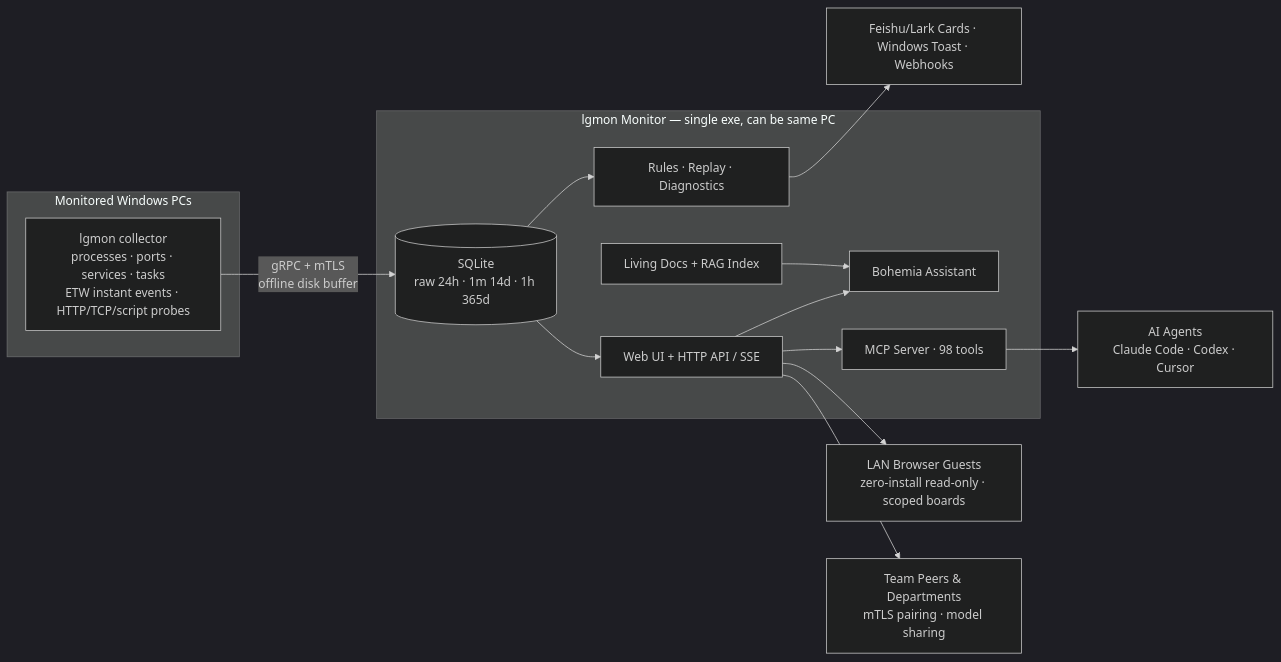
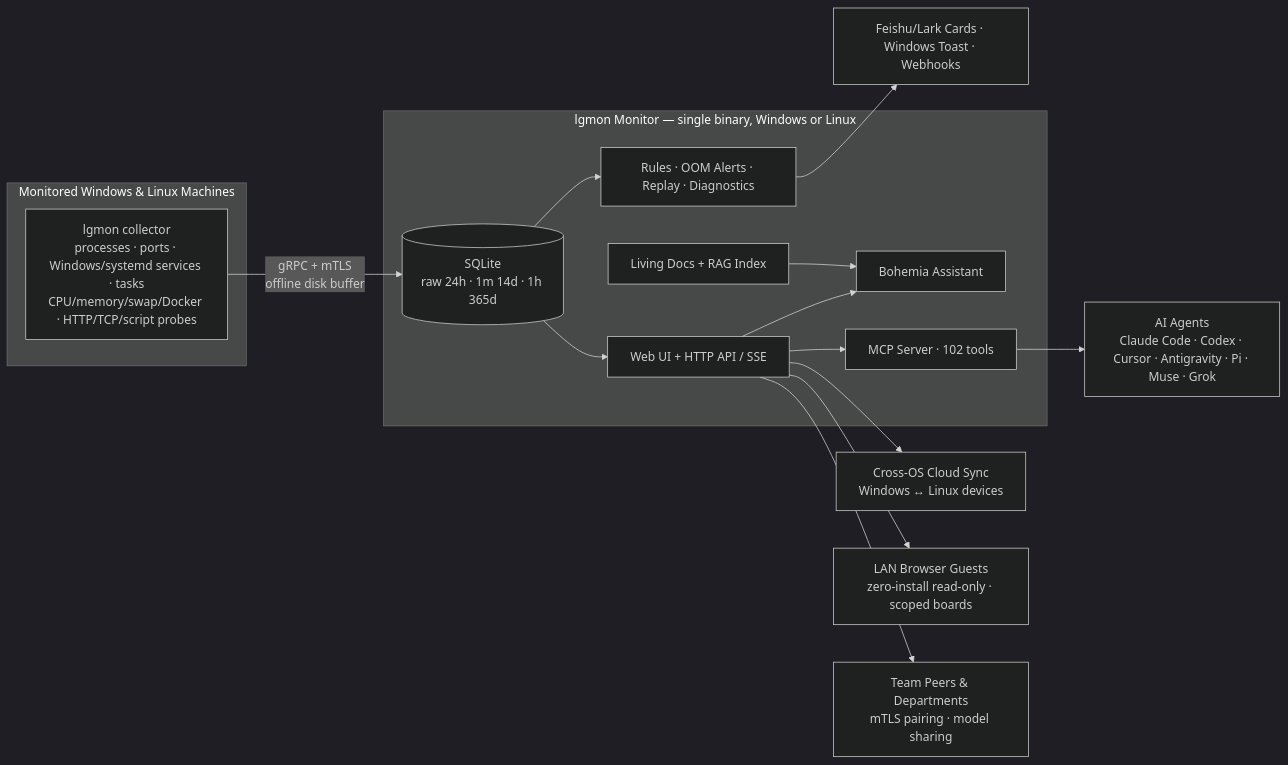
Before and after one commit to LFenX/lg-monitor: the diagram in README.md, drawn with Mermaid (dark theme). The commit also changed other lines of this file and 2 other files, not shown here.

Commit message:
U25-08: update README for Windows & Linux support and v0.18.0 release

````diff
--- a/README.md
+++ b/README.md
@@ -185,22 +196,23 @@
 ```mermaid
 flowchart LR
-  subgraph PC[Monitored Windows PCs]
-    C[lgmon collector<br/>processes · ports · services · tasks<br/>ETW instant events · HTTP/TCP/script probes]
+  subgraph PC[Monitored Windows & Linux Machines]
+    C[lgmon collector<br/>processes · ports · Windows/systemd services · tasks<br/>CPU/memory/swap/Docker · HTTP/TCP/script probes]
   end
-  subgraph M[lgmon Monitor — single exe, can be same PC]
+  subgraph M[lgmon Monitor — single binary, Windows or Linux]
     S[(SQLite<br/>raw 24h · 1m 14d · 1h 365d)]
-    R[Rules · Replay · Diagnostics]
+    R[Rules · OOM Alerts · Replay · Diagnostics]
     D[Living Docs + RAG Index]
     W[Web UI + HTTP API / SSE]
-    P[MCP Server · 98 tools]
+    P[MCP Server · 102 tools]
     B[Bohemia Assistant]
   end
   C -- gRPC + mTLS<br/>offline disk buffer --> S
   S --> R --> N[Feishu/Lark Cards · Windows Toast · Webhooks]
   S --> W
   D --> B
   W --> B
-  W --> P --> A[AI Agents<br/>Claude Code · Codex · Cursor]
+  W --> P --> A[AI Agents<br/>Claude Code · Codex · Cursor · Antigravity · Pi · Muse · Grok]
+  W --> X[Cross-OS Cloud Sync<br/>Windows ↔ Linux devices]
   W --> G[LAN Browser Guests<br/>zero-install read-only · scoped boards]
   W --> L[Team Peers & Departments<br/>mTLS pairing · model sharing]
 ```
````
